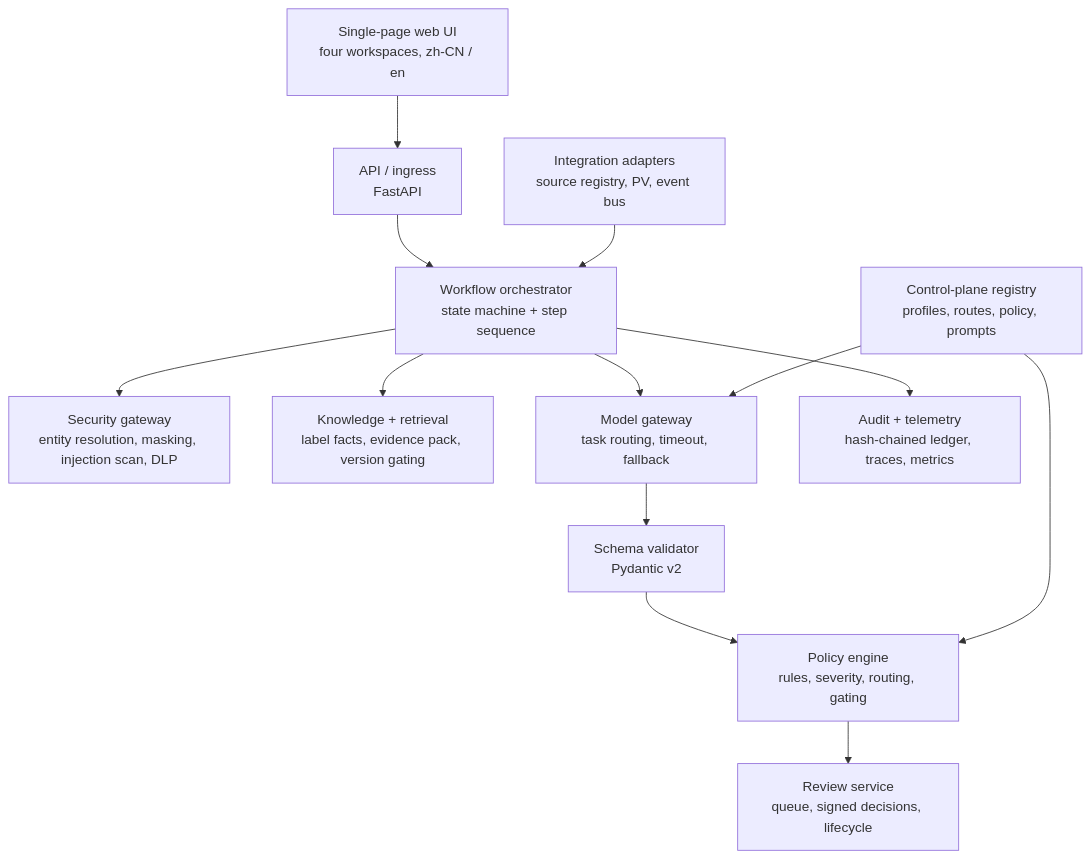
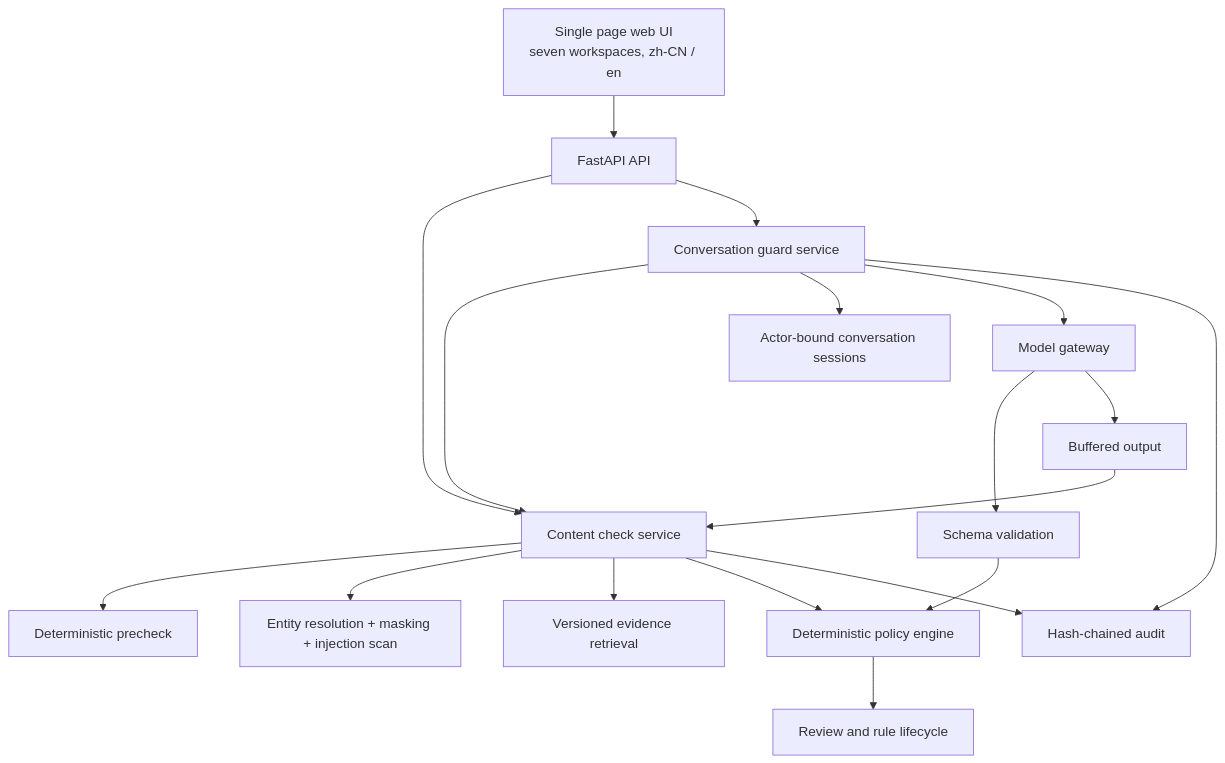
Before and after one commit to Minus77/Compliance-AI-Guard: the second of 5 diagrams in docs/architecture.md, drawn with Mermaid. The commit also changed other lines of this file and 13 other files, not shown here.

````diff
--- a/docs/architecture.md
+++ b/docs/architecture.md
@@ -46,15 +61,20 @@
 ```mermaid
 graph TD
-    UI["Single-page web UI<br/>four workspaces, zh-CN / en"] --> API["API / ingress<br/>FastAPI"]
-    API --> ORCH["Workflow orchestrator<br/>state machine + step sequence"]
-    ORCH --> SEC["Security gateway<br/>entity resolution, masking, injection scan, DLP"]
-    ORCH --> KNW["Knowledge + retrieval<br/>label facts, evidence pack, version gating"]
-    ORCH --> GW["Model gateway<br/>task routing, timeout, fallback"]
-    GW --> VAL["Schema validator<br/>Pydantic v2"]
-    VAL --> POL["Policy engine<br/>rules, severity, routing, gating"]
-    POL --> RVW["Review service<br/>queue, signed decisions, lifecycle"]
-    ORCH --> AUD["Audit + telemetry<br/>hash-chained ledger, traces, metrics"]
-    CFG["Control-plane registry<br/>profiles, routes, policy, prompts"] --> GW
-    CFG --> POL
-    ADPT["Integration adapters<br/>source registry, PV, event bus"] --> ORCH
+    UI["Single page web UI<br/>seven workspaces, zh-CN / en"] --> API["FastAPI API"]
+    API --> CHECK["Content check service"]
+    API --> CONV["Conversation guard service"]
+    CHECK --> PRE["Deterministic precheck"]
+    CHECK --> SEC["Entity resolution + masking + injection scan"]
+    CONV --> CHECK
+    CONV --> SESSION["Actor-bound conversation sessions"]
+    CHECK --> KNW["Versioned evidence retrieval"]
+    CONV --> GW["Model gateway"]
+    GW --> VAL["Schema validation"]
+    GW --> OUT["Buffered output"]
+    OUT --> CHECK
+    VAL --> POL["Deterministic policy engine"]
+    CHECK --> POL
+    POL --> REVIEW["Review and rule lifecycle"]
+    CHECK --> AUDIT["Hash-chained audit"]
+    CONV --> AUDIT
 ```
````
